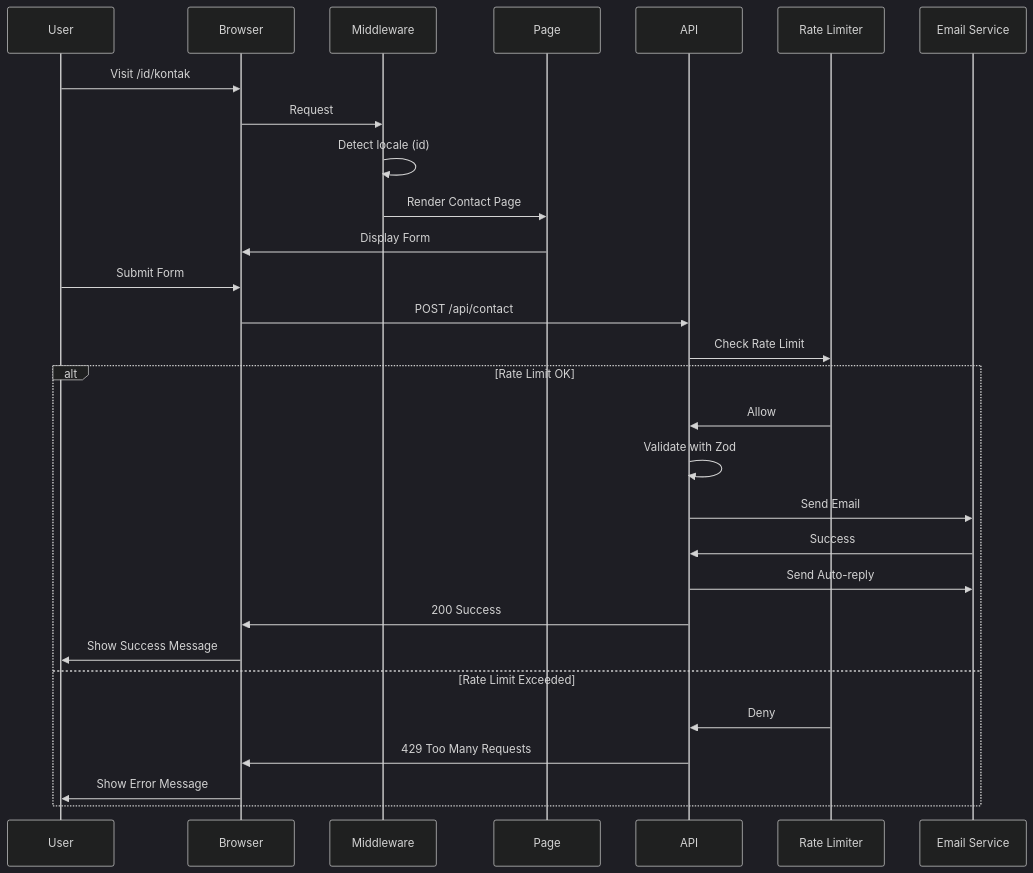
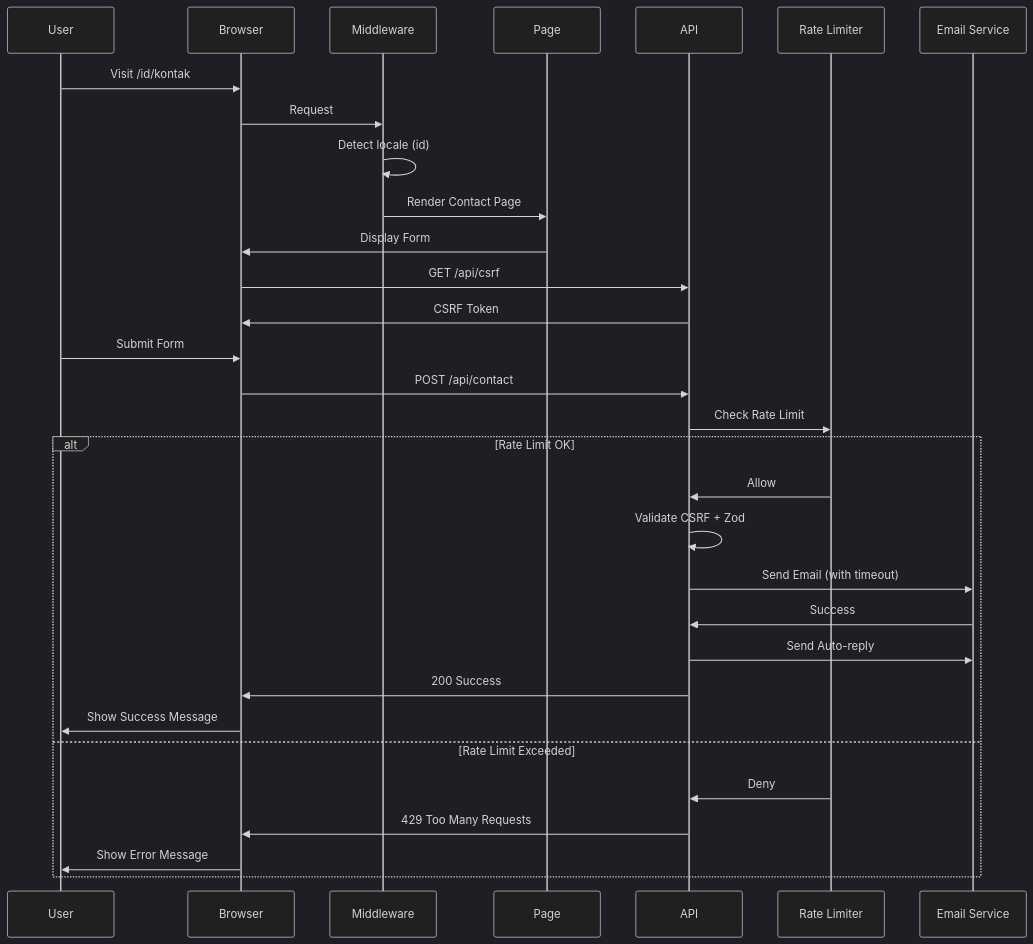
Before and after one commit to muftiardani/temandifa-landingpage: the second of 2 diagrams in README.md, drawn with Mermaid (dark theme). The commit also changed other lines of this file, not shown here.

````diff
--- a/README.md
+++ b/README.md
@@ -255,34 +179,36 @@
 ```mermaid
 sequenceDiagram
     participant U as User
     participant B as Browser
     participant M as Middleware
     participant P as Page
     participant A as API
     participant R as Rate Limiter
     participant E as Email Service
 
     U->>B: Visit /id/kontak
     B->>M: Request
     M->>M: Detect locale (id)
     M->>P: Render Contact Page
     P->>B: Display Form
+    B->>A: GET /api/csrf
+    A->>B: CSRF Token
 
     U->>B: Submit Form
     B->>A: POST /api/contact
     A->>R: Check Rate Limit
 
     alt Rate Limit OK
         R->>A: Allow
-        A->>A: Validate with Zod
-        A->>E: Send Email
+        A->>A: Validate CSRF + Zod
+        A->>E: Send Email (with timeout)
         E->>A: Success
         A->>E: Send Auto-reply
         A->>B: 200 Success
         B->>U: Show Success Message
     else Rate Limit Exceeded
         R->>A: Deny
         A->>B: 429 Too Many Requests
         B->>U: Show Error Message
     end
 ```
````
